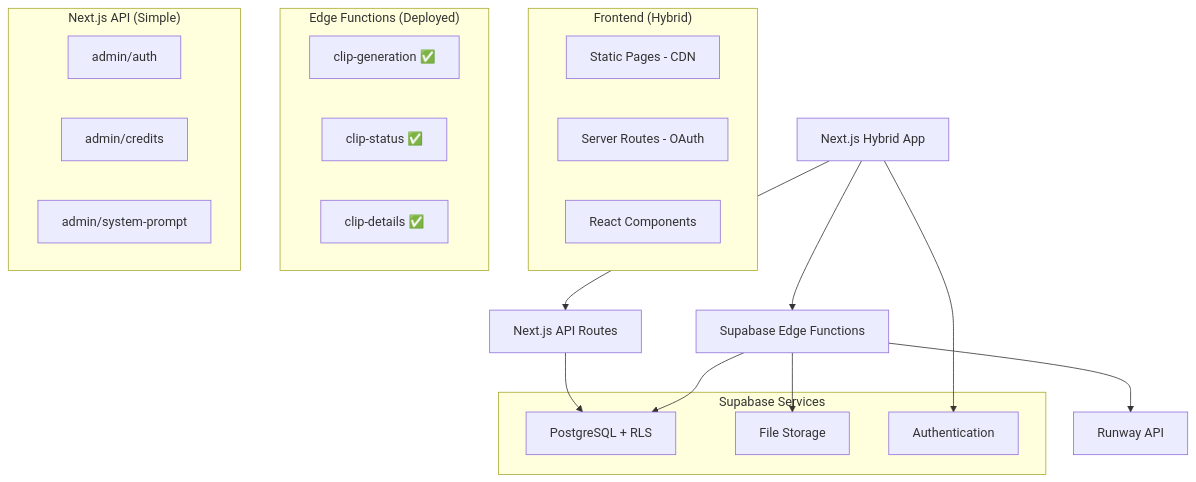
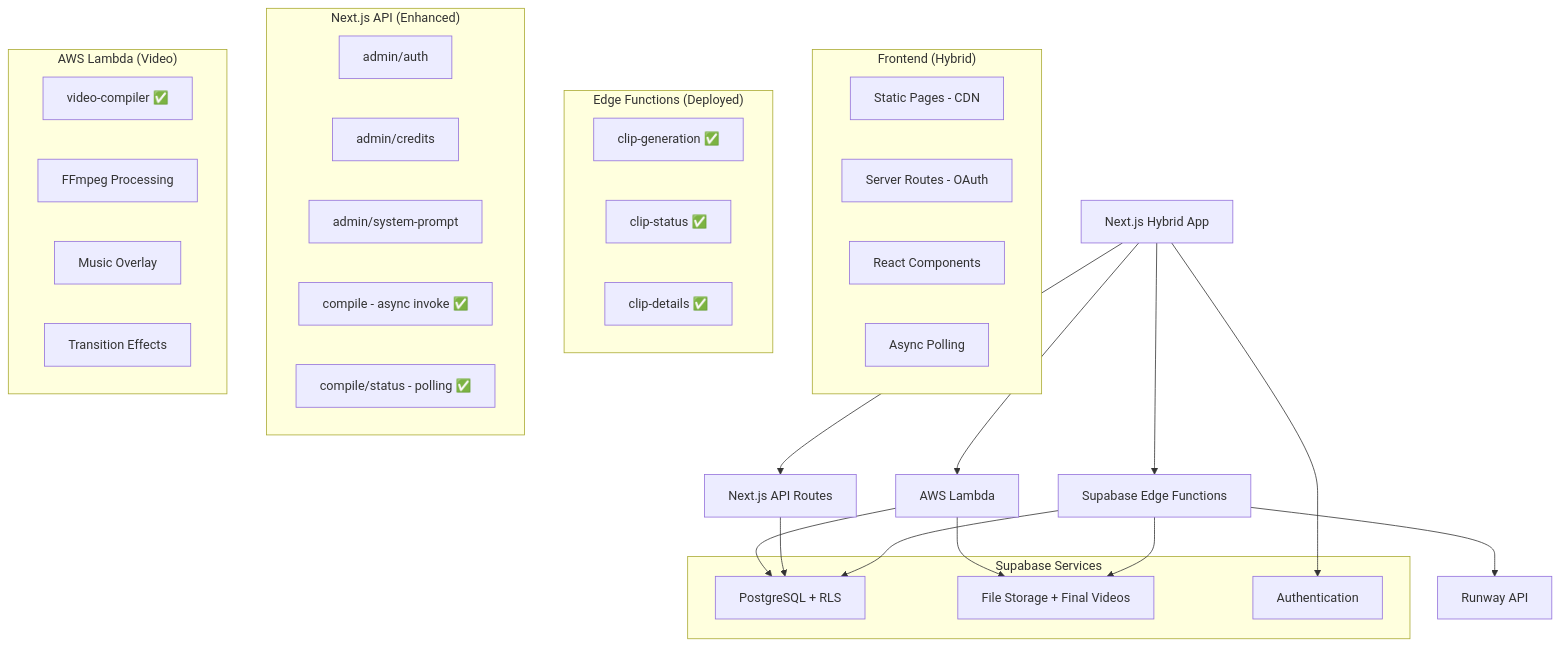
Before and after one commit to SagieGrun/echoes-video-creator: the diagram in memory-bank/systemPatterns.md, drawn with Mermaid. The commit also changed other lines of this file and 10 other files, not shown here.

````diff
--- a/memory-bank/systemPatterns.md
+++ b/memory-bank/systemPatterns.md
@@ -5,34 +5,47 @@
 ```mermaid
 flowchart TD
     A[Next.js Hybrid App] --> B[Supabase Edge Functions]
     B --> C[Runway API]
     B --> D[Supabase Database]
     B --> E[Supabase Storage]
     A --> F[Supabase Auth]
     A --> G[Next.js API Routes]
     G --> D
+    A --> H[AWS Lambda]
+    H --> D
+    H --> E
     
     subgraph "Frontend (Hybrid)"
         A1[Static Pages - CDN]
         A2[Server Routes - OAuth]
         A3[React Components]
+        A4[Async Polling]
     end
     
     subgraph "Edge Functions (Deployed)"
         B1[clip-generation ✅]
         B2[clip-status ✅]
         B3[clip-details ✅]
     end
     
-    subgraph "Next.js API (Simple)"
+    subgraph "Next.js API (Enhanced)"
         G1[admin/auth]
         G2[admin/credits]
         G3[admin/system-prompt]
+        G4[compile - async invoke ✅]
+        G5[compile/status - polling ✅]
+    end
+    
+    subgraph "AWS Lambda (Video)"
+        H1[video-compiler ✅]
+        H2[FFmpeg Processing]
+        H3[Music Overlay]
+        H4[Transition Effects]
     end
     
     subgraph "Supabase Services"
         D[PostgreSQL + RLS]
-        E[File Storage]
+        E[File Storage + Final Videos]
         F[Authentication]
     end
 ```
````
